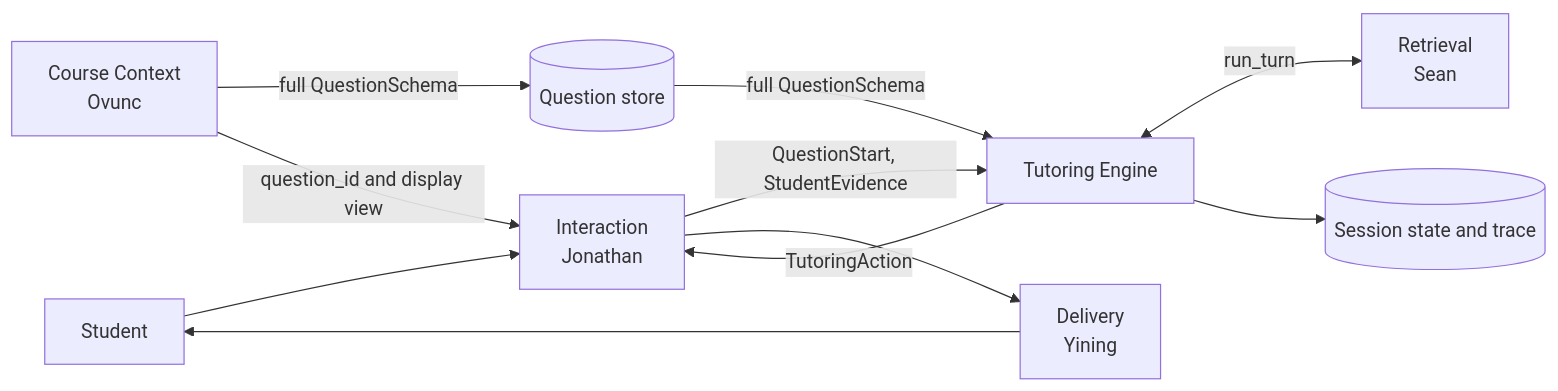
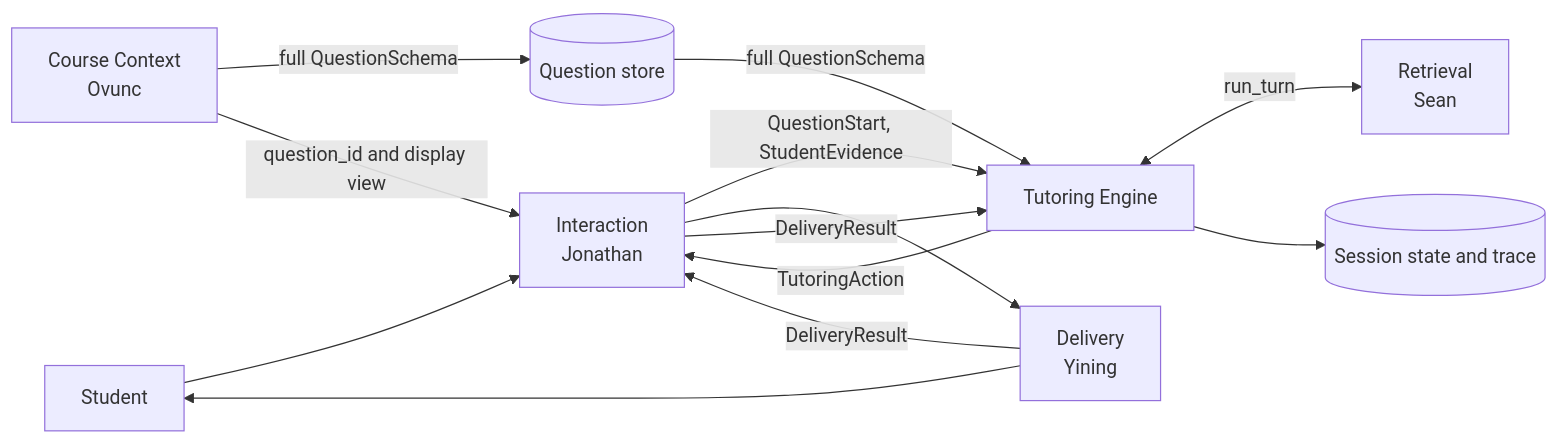
Before and after one commit to digital-professor-lab/digital-professor: the first of 3 diagrams in specs/tutoring-engine.md, drawn with Mermaid. The commit also changed other lines of this file, not shown here.

````diff
--- a/specs/tutoring-engine.md
+++ b/specs/tutoring-engine.md
@@ -86,13 +88,15 @@
 ```mermaid
 flowchart LR
     S[Student] --> I[Interaction<br/>Jonathan]
     I -->|QuestionStart, StudentEvidence| E[Tutoring Engine]
     E -->|TutoringAction| I
     I --> D[Delivery<br/>Yining]
     D --> S
+    D -->|DeliveryResult| I
+    I -->|DeliveryResult| E
     C[Course Context<br/>Ovunc] -->|full QuestionSchema| Q[(Question store)]
     C -->|question_id and display view| I
     Q -->|full QuestionSchema| E
     E <-->|run_turn| R[Retrieval<br/>Sean]
     E --> T[(Session state and trace)]
 ```
````
